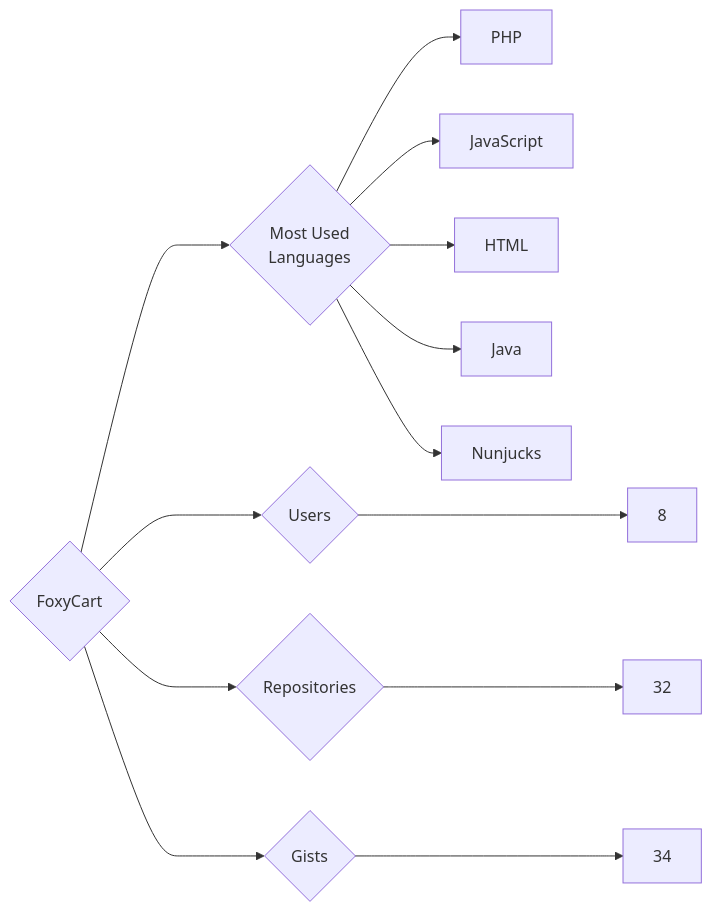
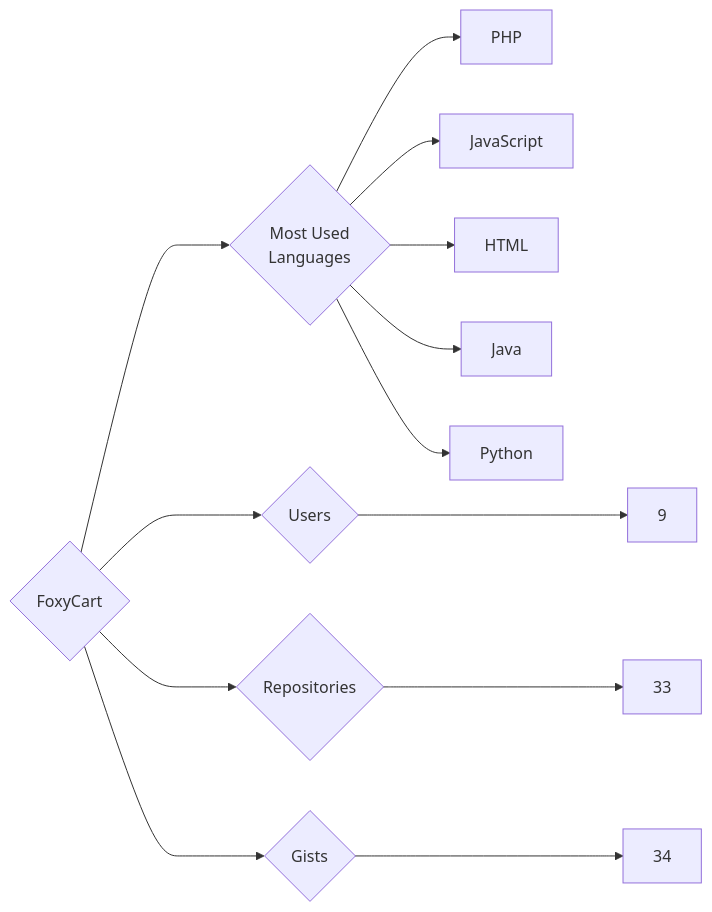
Before and after one commit to trickest/insiders: the diagram in targets/FoxyCart/README.md, drawn with Mermaid. The commit also changed 997 other files, not shown here.

````diff
--- a/targets/FoxyCart/README.md
+++ b/targets/FoxyCart/README.md
@@ -3,13 +3,13 @@
 ```mermaid
 graph LR
 COMPANY_NAME{FoxyCart}
-COMPANY_NAME ---> U{Users} ---> UN[8]
-COMPANY_NAME ---> R{Repositories} ---> RN[32]
+COMPANY_NAME ---> U{Users} ---> UN[9]
+COMPANY_NAME ---> R{Repositories} ---> RN[33]
 COMPANY_NAME ---> G{Gists} ---> GN[34]
 COMPANY_NAME ---> ML{Most Used<br>Languages}
 ML --> PHP[PHP]
 ML --> JavaScript[JavaScript]
 ML --> HTML[HTML]
 ML --> Java[Java]
-ML --> Nunjucks[Nunjucks]
+ML --> Python[Python]
 ```
````
